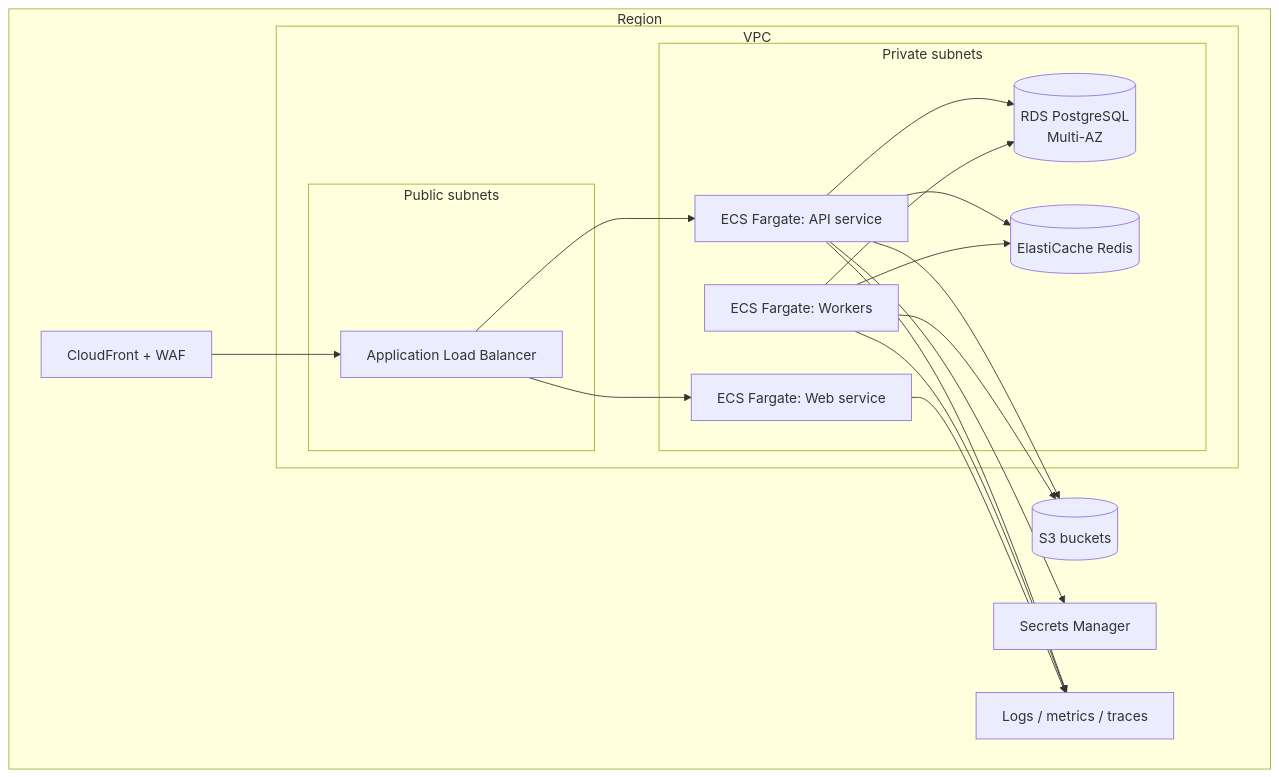
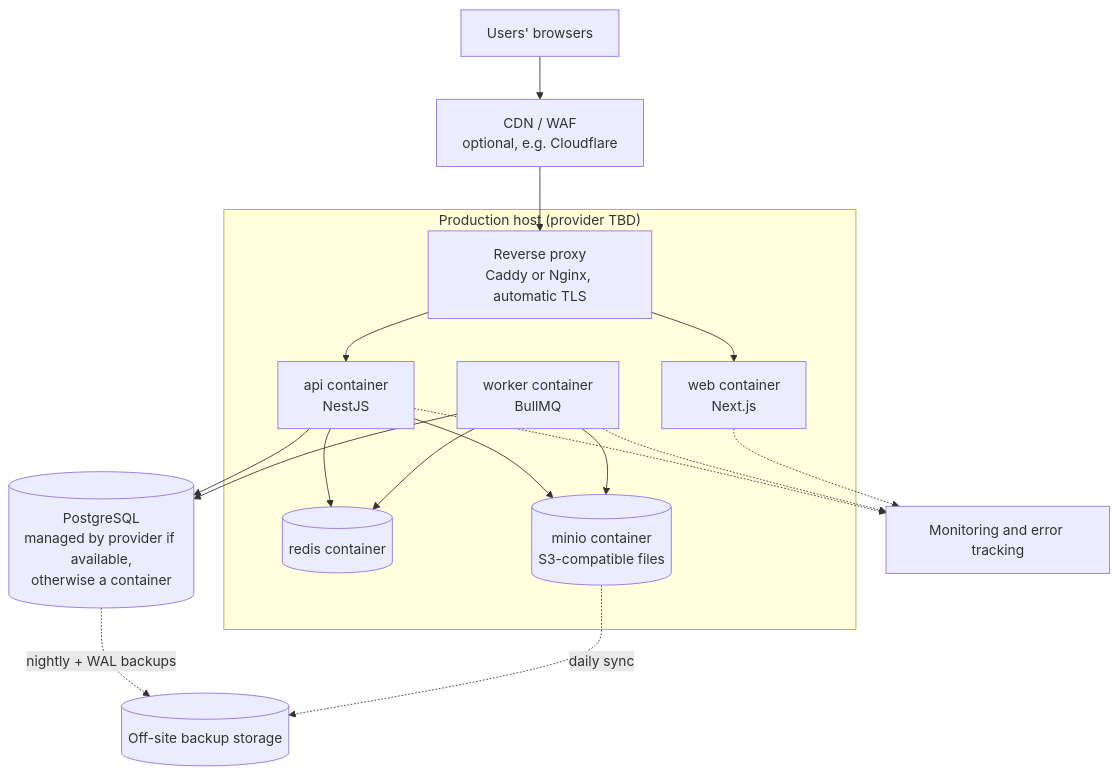
The first of 2 diagrams in docs/architecture/05-infrastructure-and-deployment.md (tufanrai/ERP-Enterprise-Resource-Planning-), drawn with Mermaid before and after one commit. The commit also changed other lines of this file and 9 other files, not shown here.

````diff
--- a/docs/architecture/05-infrastructure-and-deployment.md
+++ b/docs/architecture/05-infrastructure-and-deployment.md
@@ -16,26 +17,25 @@
 ```mermaid
 flowchart TB
-  subgraph Region
-    cf[CloudFront + WAF]
-    alb[Application Load Balancer]
-    subgraph VPC
-      subgraph Public subnets
-        alb
-      end
-      subgraph Private subnets
-        api[ECS Fargate: API service]
-        web[ECS Fargate: Web service]
-        wrk[ECS Fargate: Workers]
-        rds[(RDS PostgreSQL<br/>Multi-AZ)]
-        ec[(ElastiCache Redis)]
-      end
-    end
-    s3[(S3 buckets)]
-    sm[Secrets Manager]
-    cw[Logs / metrics / traces]
+  user[Users' browsers] --> cdn[CDN / WAF<br/>optional, e.g. Cloudflare]
+  cdn --> proxy
+
+  subgraph Server["Production host (provider TBD)"]
+    proxy[Reverse proxy<br/>Caddy or Nginx, automatic TLS]
+    web[web container<br/>Next.js]
+    api[api container<br/>NestJS]
+    wrk[worker container<br/>BullMQ]
+    redis[(redis container)]
+    minio[(minio container<br/>S3-compatible files)]
   end
-  cf --> alb --> web & api
-  api --> rds & ec & s3 & sm
-  wrk --> rds & ec & s3
-  api & wrk & web --> cw
+
+  pg[(PostgreSQL<br/>managed by provider if available,<br/>otherwise a container)]
+  backup[(Off-site backup storage)]
+  mon[Monitoring and error tracking]
+
+  proxy --> web & api
+  api --> pg & redis & minio
+  wrk --> pg & redis & minio
+  pg -. nightly + WAL backups .-> backup
+  minio -. daily sync .-> backup
+  api & wrk & web -.-> mon
 ```
````
